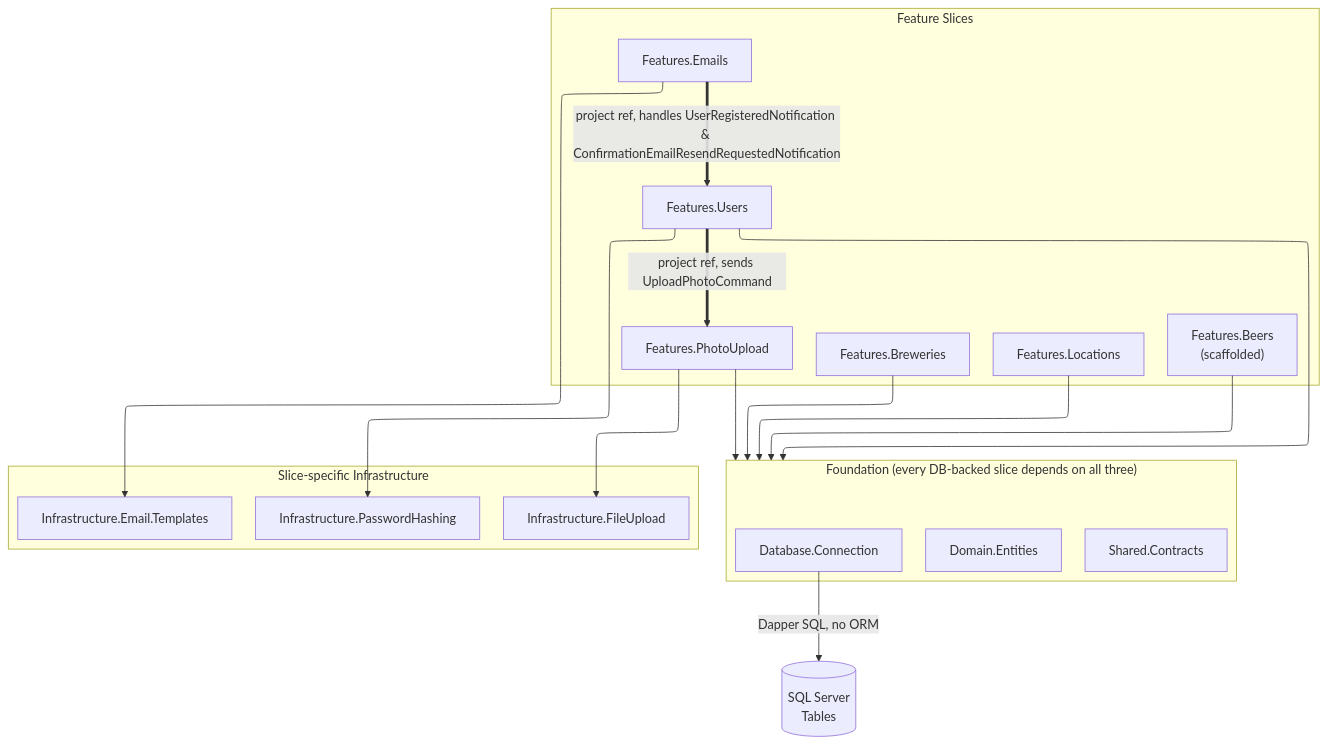
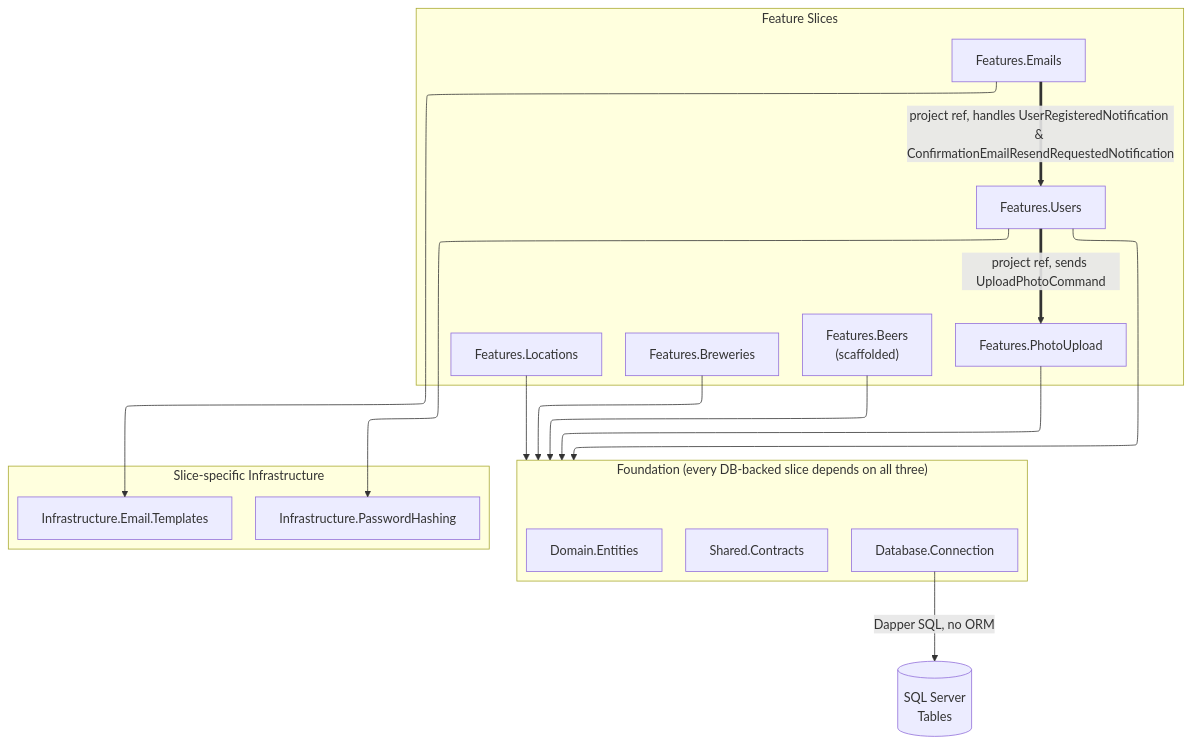
One commit to aaronpo97/the-biergarten-app changed the diagram in docs/web/diagrams/vertical-slice/project-references.mmd. Above: the diagram before and after it, drawn with Mermaid. The commit also changed 17 other files, not shown here.

Commit message:
Move Infrastructure.FileUpload into Features.PhotoUpload (#290)

```diff
--- a/docs/web/diagrams/vertical-slice/project-references.mmd
+++ b/docs/web/diagrams/vertical-slice/project-references.mmd
@@ -1,39 +1,38 @@
 ---
 config:
    layout: elk
 ---
 
 flowchart TB
 subgraph SLICES["Feature Slices"]
 direction LR
 BrewerySlice["Features.Breweries"]
 LocationsSlice["Features.Locations"]
 BeersSlice["Features.Beers<br>(scaffolded)"]
 PhotoSlice["Features.PhotoUpload"]
 UsersSlice["Features.Users"]
 EmailsSlice["Features.Emails"]
 end
 
 subgraph FOUNDATION["Foundation (every DB-backed slice depends on all three)"]
 direction LR
 SharedContracts["Shared.Contracts"]
 Domain["Domain.Entities"]
 DBConn["Database.Connection"]
 end
 
 subgraph INFRA["Slice-specific Infrastructure"]
 direction LR
 PwdHash["Infrastructure.PasswordHashing"]
-FileUpload["Infrastructure.FileUpload"]
 EmailTemplates["Infrastructure.Email.Templates"]
 end
 
 UsersSlice == project ref, sends UploadPhotoCommand ==> PhotoSlice
 EmailsSlice == project ref, handles UserRegisteredNotification & ConfirmationEmailResendRequestedNotification ==> UsersSlice
 BrewerySlice --> FOUNDATION
 LocationsSlice --> FOUNDATION
 BeersSlice --> FOUNDATION
-PhotoSlice --> FOUNDATION & FileUpload
+PhotoSlice --> FOUNDATION
 UsersSlice --> FOUNDATION & PwdHash
 EmailsSlice --> EmailTemplates
 DBConn -- Dapper SQL, no ORM --> Tables[("SQL Server<br>Tables")]
```
